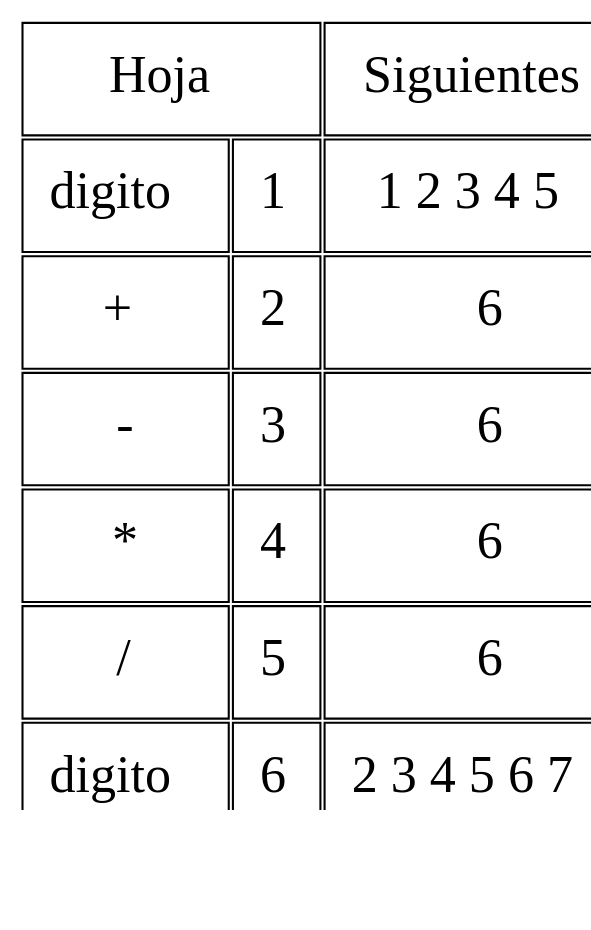
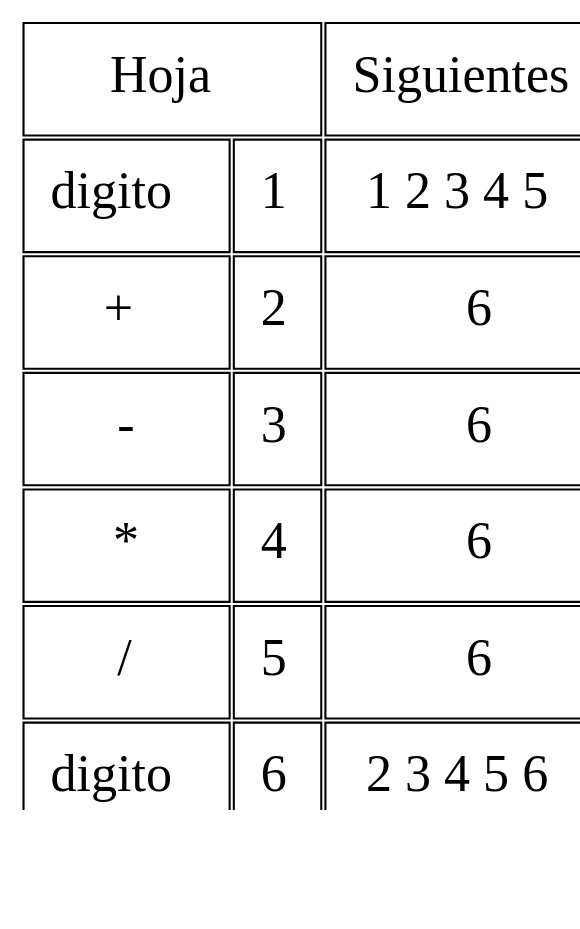
One commit to montherbasir/Practica1_OLC1 changed the diagram in sig_operaciones.dot. Above: the diagram before and after it, drawn with Graphviz. The commit also changed 26 other files, not shown here.

```diff
--- a/sig_operaciones.dot
+++ b/sig_operaciones.dot
@@ -1,17 +1,17 @@
 digraph {
 splines="line";
 rankdir = TB;
 node [shape=plain, height=0.5, width=1.5, fontsize=25];
 graph[dpi=90];
 
 N [label=<
 <table border="0" cellborder="1" cellpadding="12">
   <tr><td colspan="2">Hoja</td><td>Siguientes</td></tr>  <tr><td>digito</td><td>1</td><td>1 2 3 4 5 </td></tr>
   <tr><td>+</td><td>2</td><td>6 </td></tr>
   <tr><td>-</td><td>3</td><td>6 </td></tr>
   <tr><td>*</td><td>4</td><td>6 </td></tr>
   <tr><td>/</td><td>5</td><td>6 </td></tr>
-  <tr><td>digito</td><td>6</td><td>2 3 4 5 6 7 </td></tr>
-  <tr><td>¢</td><td>7</td><td>--</td></tr>
+  <tr><td>digito</td><td>6</td><td>2 3 4 5 6 </td></tr>
+  <tr><td>%%</td><td>7</td><td>--</td></tr>
 </table>>];
 }
```
